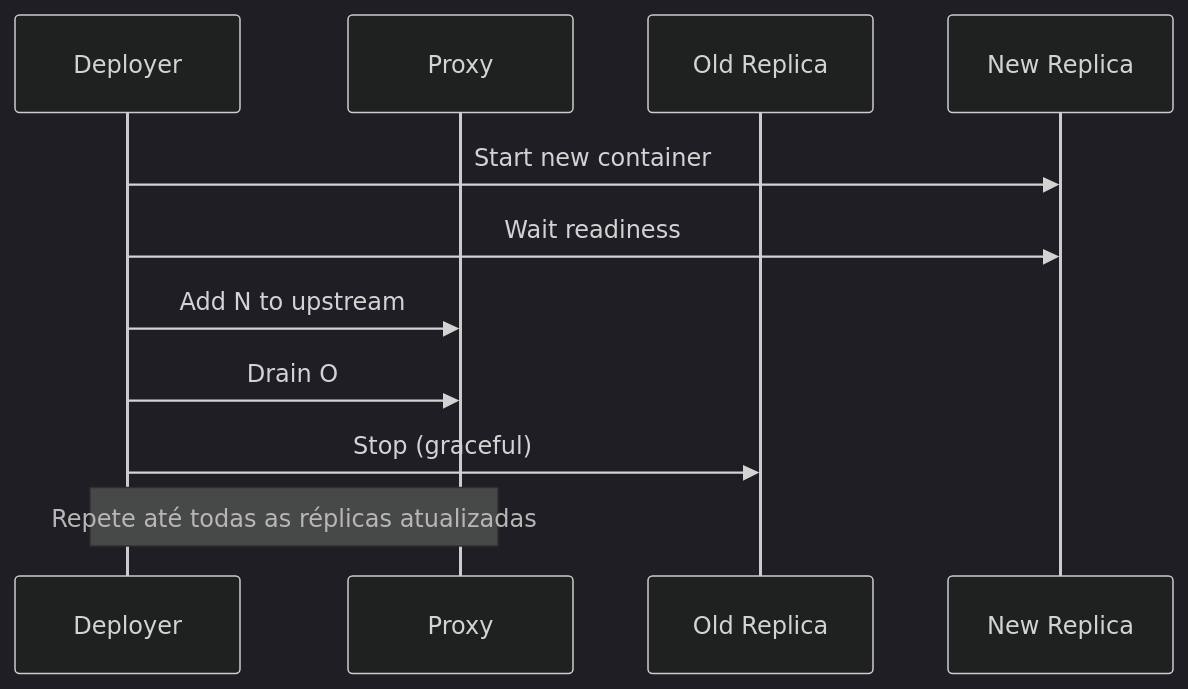
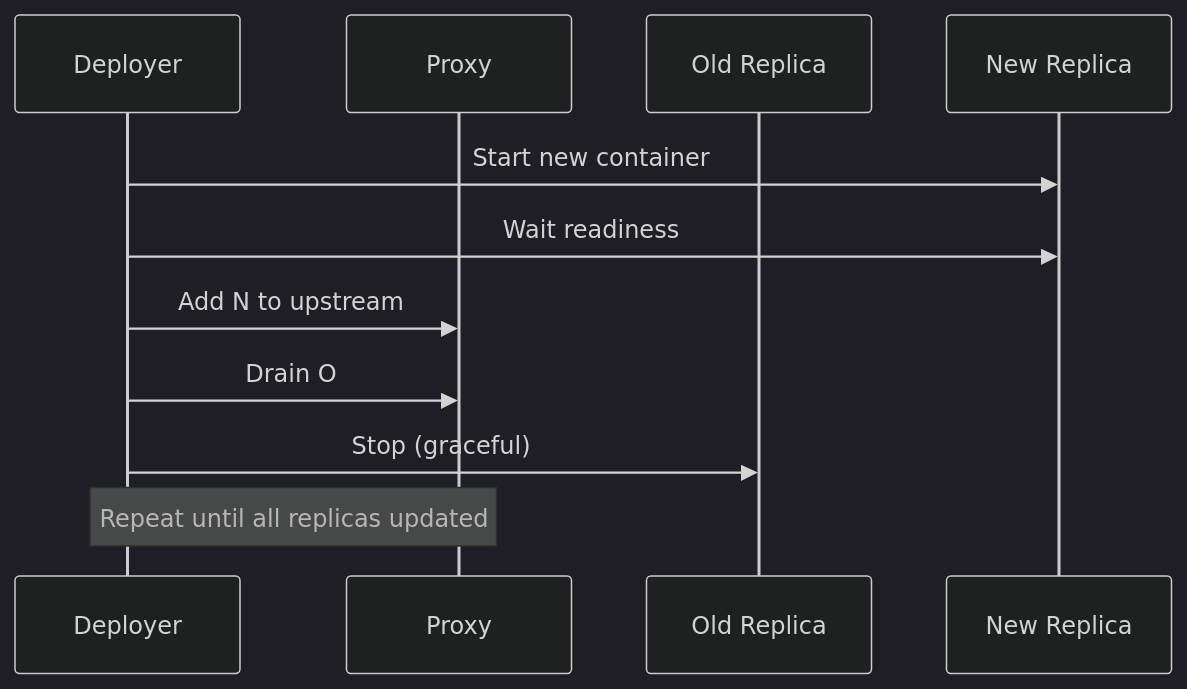
Before and after one commit to alissonf216/licitech-architecture-showcase: the fourth of 5 diagrams in docs/DEVOPS_AND_CICD.md, drawn with Mermaid (dark theme). The commit also changed other lines of this file and 36 other files, not shown here.

First line of the commit message:
Add Licitech architecture portfolio (EN + PT-BR)

````diff
--- a/docs/DEVOPS_AND_CICD.md
+++ b/docs/DEVOPS_AND_CICD.md
@@ -134,14 +136,14 @@
 ```mermaid
 sequenceDiagram
     participant CD as Deployer
     participant P as Proxy
     participant O as Old Replica
     participant N as New Replica
 
     CD->>N: Start new container
     CD->>N: Wait readiness
     CD->>P: Add N to upstream
     CD->>P: Drain O
     CD->>O: Stop (graceful)
-    Note over CD,P: Repete até todas as réplicas atualizadas
+    Note over CD,P: Repeat until all replicas updated
 ```
````
